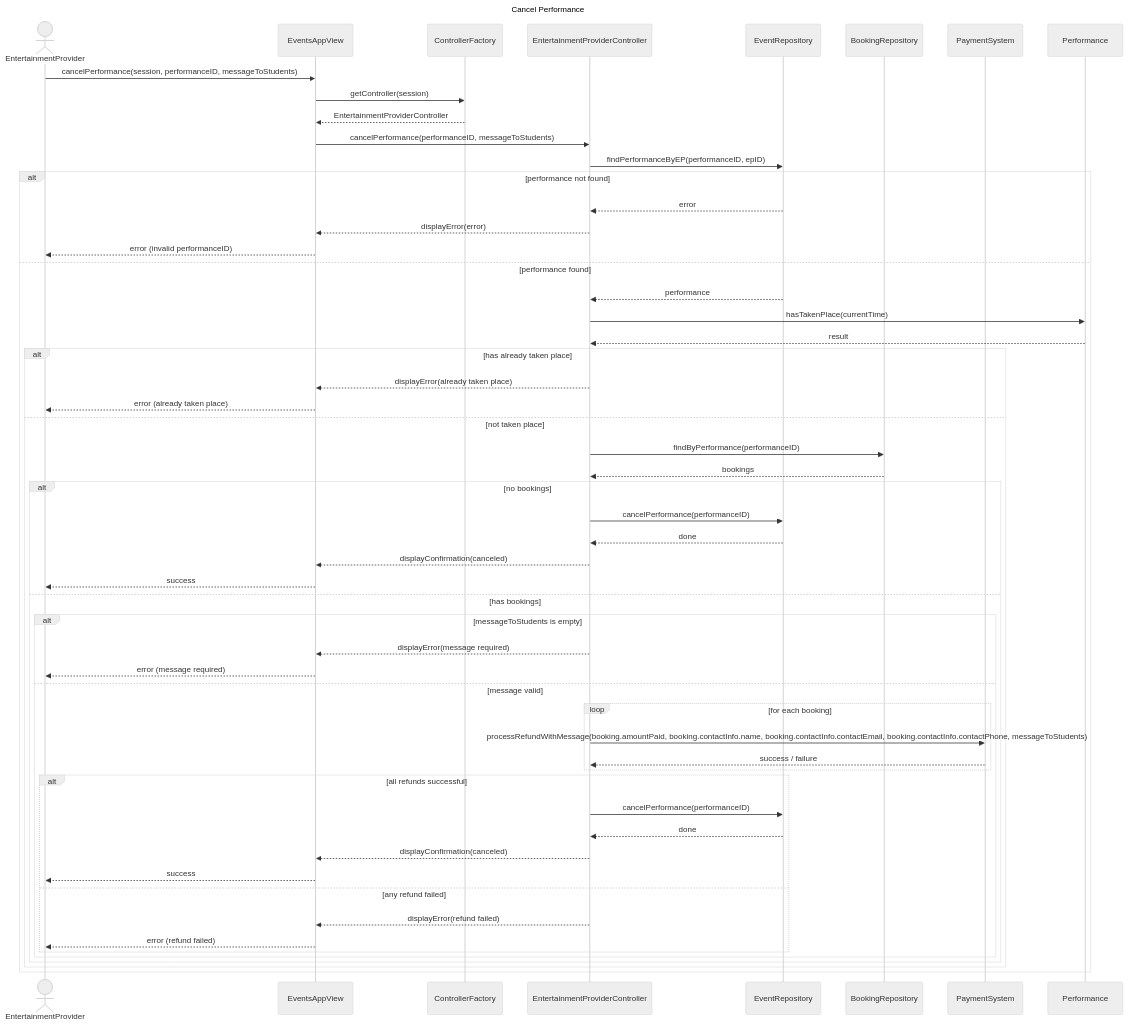
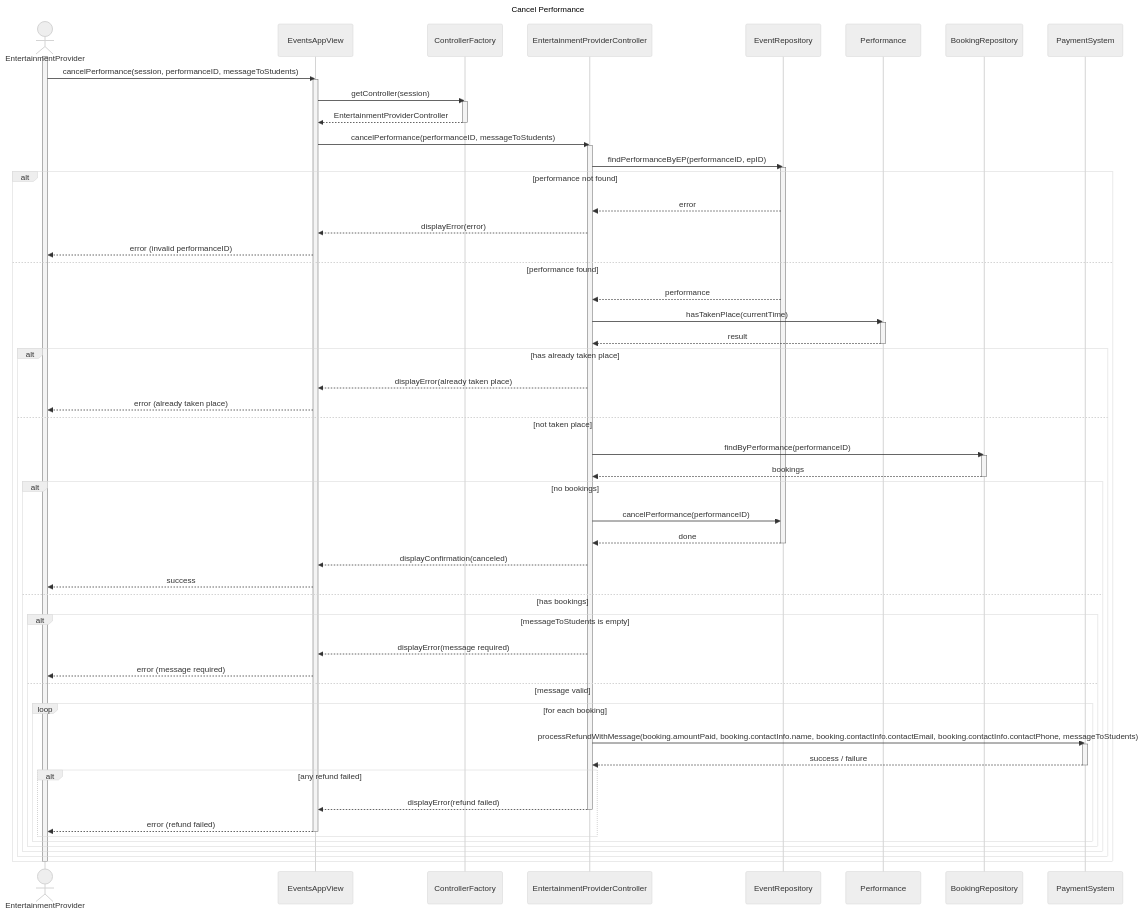
The diagram in CW2/Task4_cancel_performance.mmd (Inf2-SEPP-CW-2026/CourseWork), drawn with Mermaid (neutral theme) before and after one commit. The commit also changed 2 other files, not shown here.

```diff
--- a/CW2/Task4_cancel_performance.mmd
+++ b/CW2/Task4_cancel_performance.mmd
@@ -1,60 +1,71 @@
 sequenceDiagram
 title Cancel Performance
 
 actor EntertainmentProvider
 participant EventsAppView
 participant ControllerFactory
 participant EntertainmentProviderController
 participant EventRepository
+participant Performance
 participant BookingRepository
 participant PaymentSystem
-participant Performance
 
+activate EntertainmentProvider
 EntertainmentProvider ->> EventsAppView: cancelPerformance(session, performanceID, messageToStudents)
+activate EventsAppView
 EventsAppView ->> ControllerFactory: getController(session)
+activate ControllerFactory
 ControllerFactory -->> EventsAppView: EntertainmentProviderController
+deactivate ControllerFactory
 
 EventsAppView ->> EntertainmentProviderController: cancelPerformance(performanceID, messageToStudents)
-
+activate EntertainmentProviderController
 EntertainmentProviderController ->> EventRepository: findPerformanceByEP(performanceID, epID)
+activate EventRepository
 alt performance not found
     EventRepository -->> EntertainmentProviderController: error
     EntertainmentProviderController -->> EventsAppView: displayError(error)
     EventsAppView -->> EntertainmentProvider: error (invalid performanceID)
 else performance found
     EventRepository -->> EntertainmentProviderController: performance
     EntertainmentProviderController ->> Performance: hasTakenPlace(currentTime)
+    activate Performance
     Performance -->> EntertainmentProviderController: result
+    deactivate Performance  
     alt has already taken place
         EntertainmentProviderController -->> EventsAppView: displayError(already taken place)
         EventsAppView -->> EntertainmentProvider: error (already taken place)
     else not taken place
         EntertainmentProviderController ->> BookingRepository: findByPerformance(performanceID)
+        activate BookingRepository
         BookingRepository -->> EntertainmentProviderController: bookings
+        deactivate BookingRepository
         alt no bookings
             EntertainmentProviderController ->> EventRepository: cancelPerformance(performanceID)
             EventRepository -->> EntertainmentProviderController: done
+            deactivate EventRepository
             EntertainmentProviderController -->> EventsAppView: displayConfirmation(canceled)
             EventsAppView -->> EntertainmentProvider: success
         else has bookings
             alt messageToStudents is empty
                 EntertainmentProviderController -->> EventsAppView: displayError(message required)
                 EventsAppView -->> EntertainmentProvider: error (message required)
             else message valid
                 loop for each booking
                     EntertainmentProviderController ->> PaymentSystem: processRefundWithMessage(booking.amountPaid, booking.contactInfo.name, booking.contactInfo.contactEmail, booking.contactInfo.contactPhone, messageToStudents)
+                    activate PaymentSystem
                     PaymentSystem -->> EntertainmentProviderController: success / failure
-                end
-                alt all refunds successful
-                    EntertainmentProviderController ->> EventRepository: cancelPerformance(performanceID)
-                    EventRepository -->> EntertainmentProviderController: done
-                    EntertainmentProviderController -->> EventsAppView: displayConfirmation(canceled)
-                    EventsAppView -->> EntertainmentProvider: success
-                else any refund failed
-                    EntertainmentProviderController -->> EventsAppView: displayError(refund failed)
-                    EventsAppView -->> EntertainmentProvider: error (refund failed)
+                    deactivate PaymentSystem
+                    alt any refund failed
+                        EntertainmentProviderController -->> EventsAppView: displayError(refund failed)
+                        deactivate EntertainmentProviderController
+                        EventsAppView -->> EntertainmentProvider: error (refund failed)
+                        deactivate EventsAppView
+                    end 
                 end
             end
         end
     end
 end
+
+deactivate EntertainmentProvider
```
